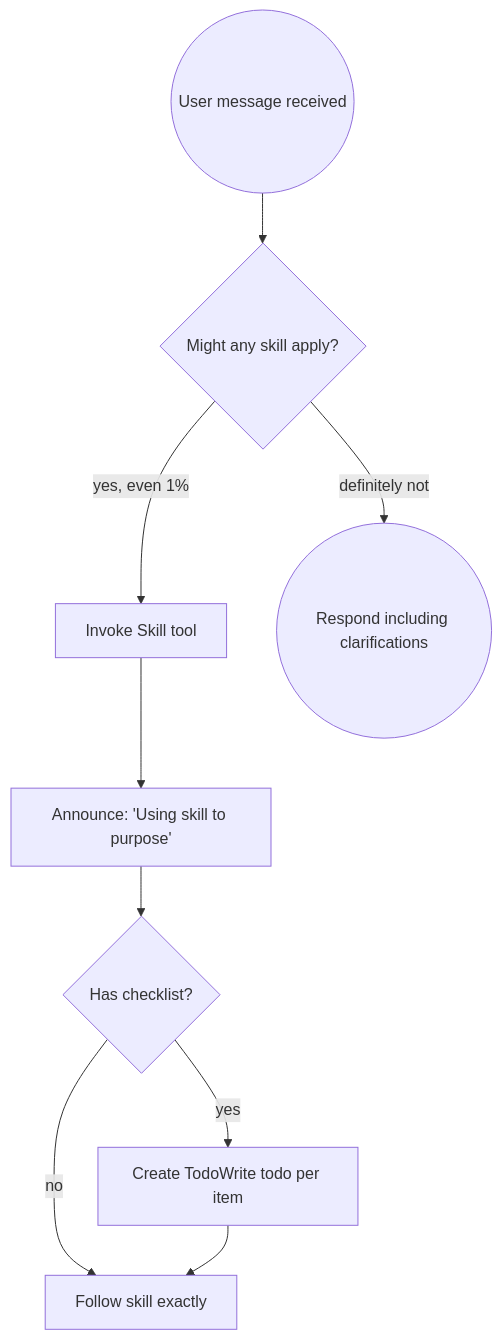
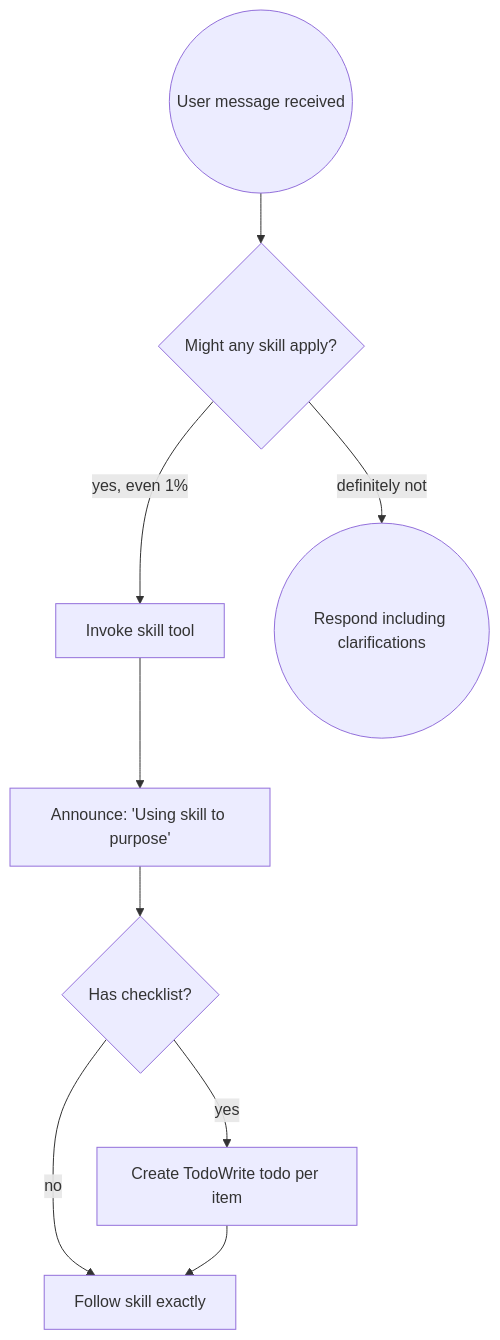
One commit to SteamedFish/dotfiles changed the diagram in .config/agents/skills/using-superpowers/SKILL.md. Above: the diagram before and after it, drawn with Mermaid. The commit also changed other lines of this file and 7 other files, not shown here.

````diff
--- a/.config/agents/skills/using-superpowers/SKILL.md
+++ b/.config/agents/skills/using-superpowers/SKILL.md
@@ -26,20 +40,20 @@
 ```mermaid
 flowchart TD
     Start((User message received))
     A{Might any skill apply?}
-    B[Invoke Skill tool]
+    B[Invoke skill tool]
     C[Announce: 'Using skill to purpose']
     D{Has checklist?}
     E[Create TodoWrite todo per item]
     F[Follow skill exactly]
     End((Respond including clarifications))
     
     Start --> A
     A -->|yes, even 1%| B
     A -->|definitely not| End
     B --> C
     C --> D
     D -->|yes| E
     D -->|no| F
     E --> F
 ```
````
